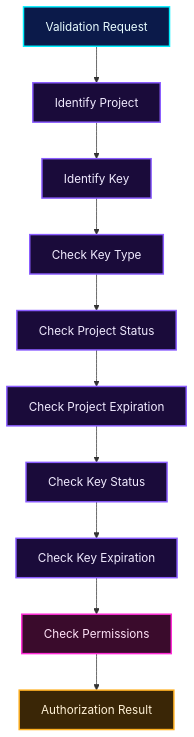
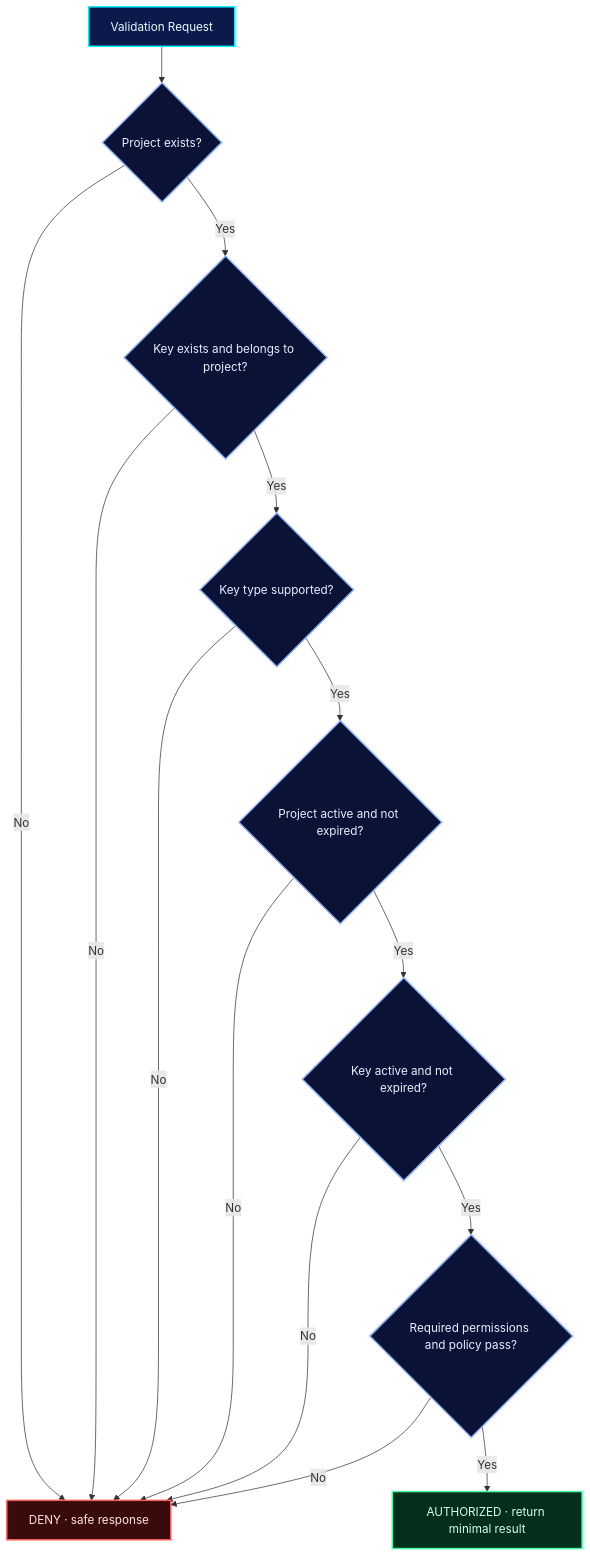
One commit to shajeduzzamanenan992008inc/NexOra-Database-key-Gen changed diagram 11 of 23 in README.md. Above: the diagram before and after it, drawn with Mermaid. The commit also changed other lines of this file, not shown here.

````diff
--- a/README.md
+++ b/README.md
@@ -901,19 +925,23 @@
 ```mermaid
 flowchart TD
-    A["Validation Request"]:::admin --> B["Identify Project"]:::core
-    B --> C["Identify Key"]:::core
-    C --> D["Check Key Type"]:::core
-    D --> E["Check Project Status"]:::core
-    E --> F["Check Project Expiration"]:::core
-    F --> G["Check Key Status"]:::core
-    G --> H["Check Key Expiration"]:::core
-    H --> I["Check Permissions"]:::sec
-    I --> J["Authorization Result"]:::ext
+    A["Validation Request"]:::admin --> B{"Project exists?"}:::dec
+    B -->|No| X["DENY · safe response"]:::bad
+    B -->|Yes| C{"Key exists and belongs to project?"}:::dec
+    C -->|No| X
+    C -->|Yes| D{"Key type supported?"}:::dec
+    D -->|No| X
+    D -->|Yes| E{"Project active and not expired?"}:::dec
+    E -->|No| X
+    E -->|Yes| F{"Key active and not expired?"}:::dec
+    F -->|No| X
+    F -->|Yes| G{"Required permissions and policy pass?"}:::dec
+    G -->|No| X
+    G -->|Yes| J["AUTHORIZED · return minimal result"]:::data
     classDef admin fill:#0b1a4a,stroke:#00f0ff,stroke-width:2px,color:#e8fcff;
     classDef core fill:#1a0b3a,stroke:#8a5cff,stroke-width:2px,color:#f1ebff;
     classDef data fill:#052e1c,stroke:#3fffa0,stroke-width:2px,color:#d6ffe9;
     classDef ext fill:#3a2606,stroke:#ffb020,stroke-width:2px,color:#fff1d6;
     classDef sec fill:#3a0b2c,stroke:#ff2bd6,stroke-width:2px,color:#ffe3f8;
     classDef bad fill:#3a0b0b,stroke:#ff5c5c,stroke-width:2px,color:#ffe3e3;
     classDef dec fill:#0a1236,stroke:#8fb4ff,stroke-width:2px,color:#e8f0ff;
 ```
````
